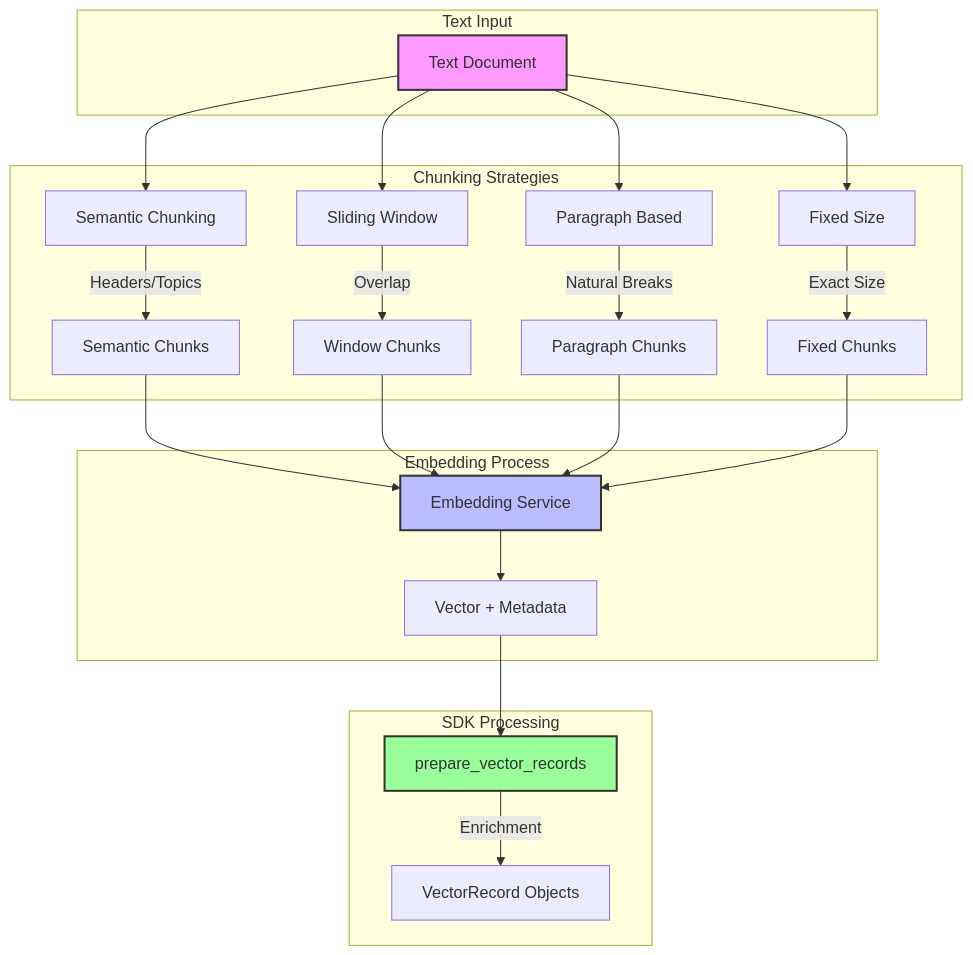
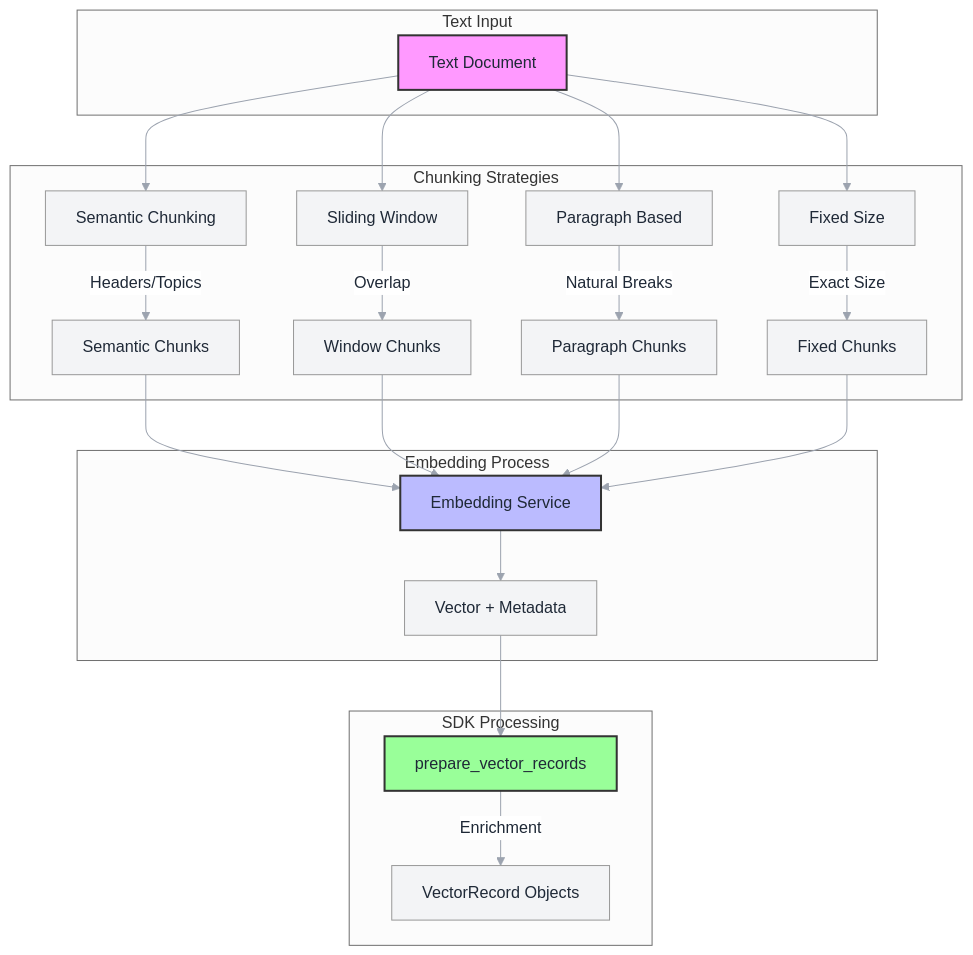
Before and after one commit to vjsingh1984/proximaDB: the diagram in docs/diagrams/chunking-strategies.mmd, drawn with Mermaid. The commit also changed 96 other files, not shown here.

First line of the commit message:
docs: integrate and organize architecture diagrams

```diff
--- a/docs/diagrams/chunking-strategies.mmd
+++ b/docs/diagrams/chunking-strategies.mmd
@@ -1,34 +1,35 @@
+%%{init: {'theme':'neutral', 'themeVariables': {'primaryColor':'#3b82f6','primaryTextColor':'#1f2937','primaryBorderColor':'#6b7280','lineColor':'#9ca3af','secondaryColor':'#10b981','tertiaryColor':'#f59e0b','background':'transparent','mainBkg':'#f3f4f6','secondBkg':'#e5e7eb','textColor':'#1f2937'}}}%%
 graph TB
     subgraph "Text Input"
         T[Text Document]
     end
     
     subgraph "Chunking Strategies"
         T --> SS[Semantic Chunking]
         T --> SW[Sliding Window]
         T --> PB[Paragraph Based]
         T --> FS[Fixed Size]
         
         SS --> |Headers/Topics| SC[Semantic Chunks]
         SW --> |Overlap| WC[Window Chunks]
         PB --> |Natural Breaks| PC[Paragraph Chunks]
         FS --> |Exact Size| FC[Fixed Chunks]
     end
     
     subgraph "Embedding Process"
         SC --> E[Embedding Service]
         WC --> E
         PC --> E
         FC --> E
         
         E --> V[Vector + Metadata]
     end
     
     subgraph "SDK Processing"
         V --> PR[prepare_vector_records]
         PR --> |Enrichment| VR[VectorRecord Objects]
     end
     
     style T fill:#f9f,stroke:#333,stroke-width:2px
     style E fill:#bbf,stroke:#333,stroke-width:2px
     style PR fill:#9f9,stroke:#333,stroke-width:2px
```
